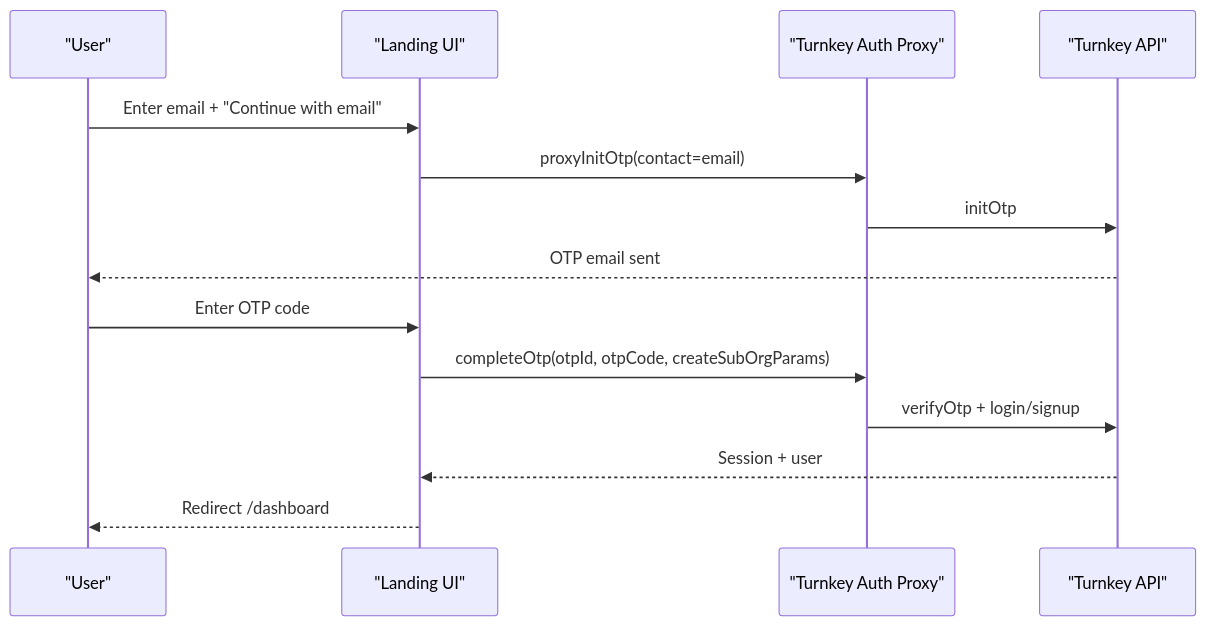
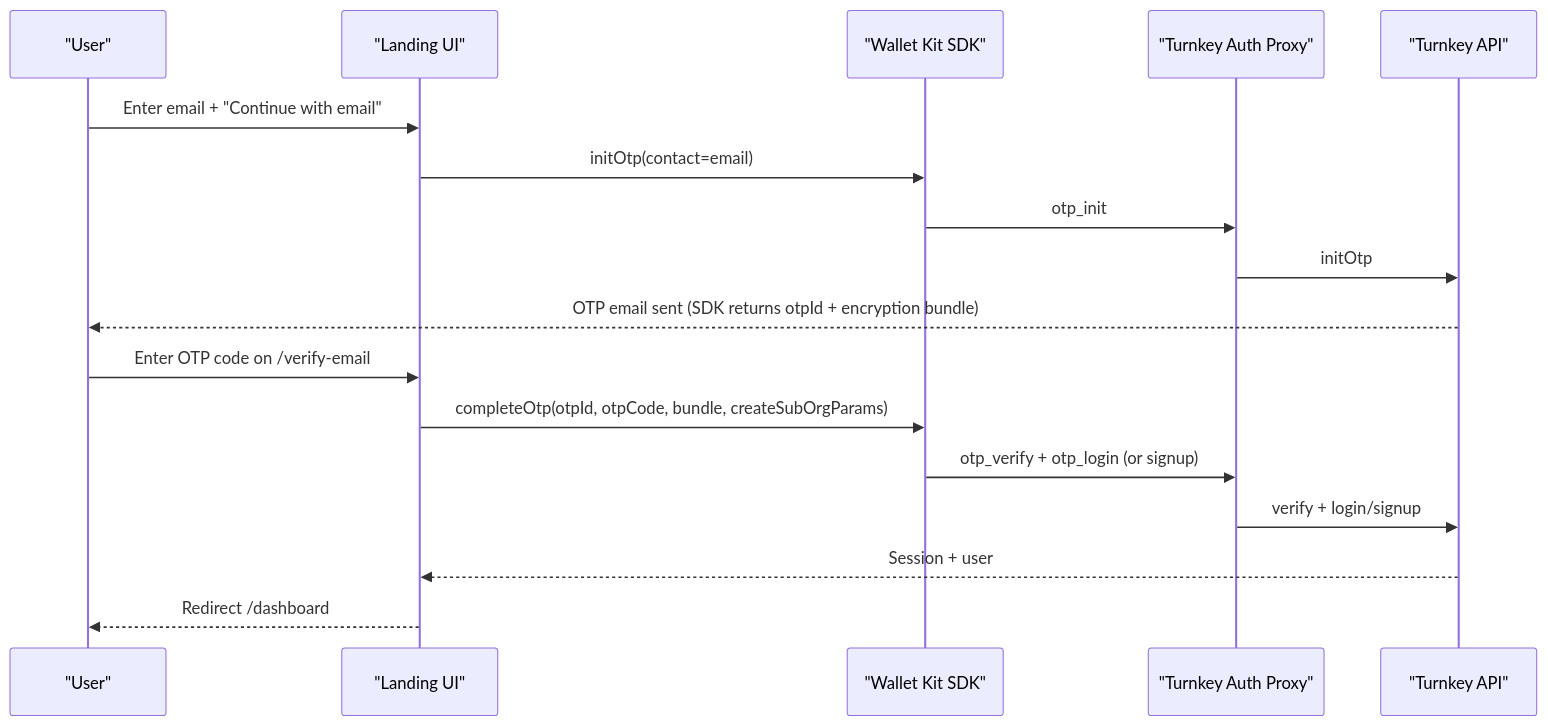
Before and after one commit to tkhq/demo-embedded-wallet: the second of 4 diagrams in README.md, drawn with Mermaid. The commit also changed other lines of this file and 83 other files, not shown here.

````diff
--- a/README.md
+++ b/README.md
@@ -172,17 +143,20 @@
 ```mermaid
 sequenceDiagram
   participant U as "User"
   participant UI as "Landing UI"
+  participant SDK as "Wallet Kit SDK"
   participant TKP as "Turnkey Auth Proxy"
   participant TK as "Turnkey API"
 
   U->>UI: Enter email + "Continue with email"
-  UI->>TKP: proxyInitOtp(contact=email)
+  UI->>SDK: initOtp(contact=email)
+  SDK->>TKP: otp_init
   TKP->>TK: initOtp
-  TK-->>U: OTP email sent
-  U->>UI: Enter OTP code
-  UI->>TKP: completeOtp(otpId, otpCode, createSubOrgParams)
-  TKP->>TK: verifyOtp + login/signup
+  TK-->>U: OTP email sent (SDK returns otpId + encryption bundle)
+  U->>UI: Enter OTP code on /verify-email
+  UI->>SDK: completeOtp(otpId, otpCode, bundle, createSubOrgParams)
+  SDK->>TKP: otp_verify + otp_login (or signup)
+  TKP->>TK: verify + login/signup
   TK-->>UI: Session + user
   UI-->>U: Redirect /dashboard
 ```
````
